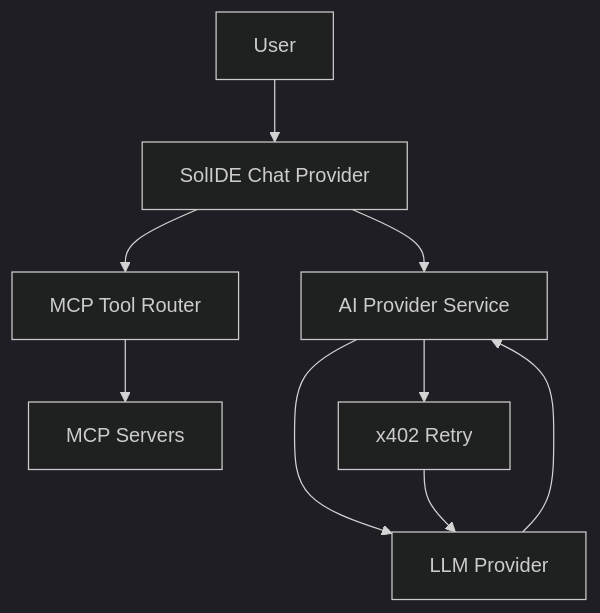
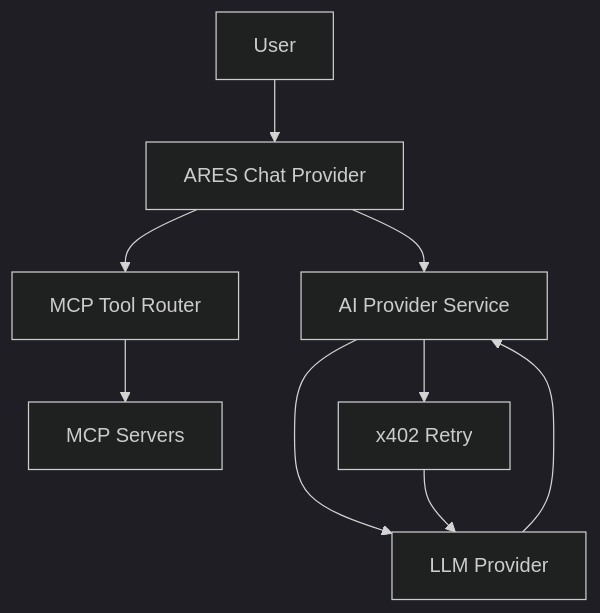
Before and after one commit to agentic-reserve/daemon-IDE: the diagram in daemon-IDE-threat-model-A.md, drawn with Mermaid (dark theme). The commit also changed other lines of this file and 59 other files, not shown here.

````diff
--- a/daemon-IDE-threat-model-A.md
+++ b/daemon-IDE-threat-model-A.md
@@ -52,11 +52,11 @@
 ```mermaid
 flowchart TD
-U["User"] --> S["SolIDE Chat Provider"]
+U["User"] --> S["ARES Chat Provider"]
 S --> A["AI Provider Service"]
 A --> L["LLM Provider"]
 L --> A
 S --> R["MCP Tool Router"]
 R --> M["MCP Servers"]
 A --> X["x402 Retry"]
 X --> L
 ```
````
